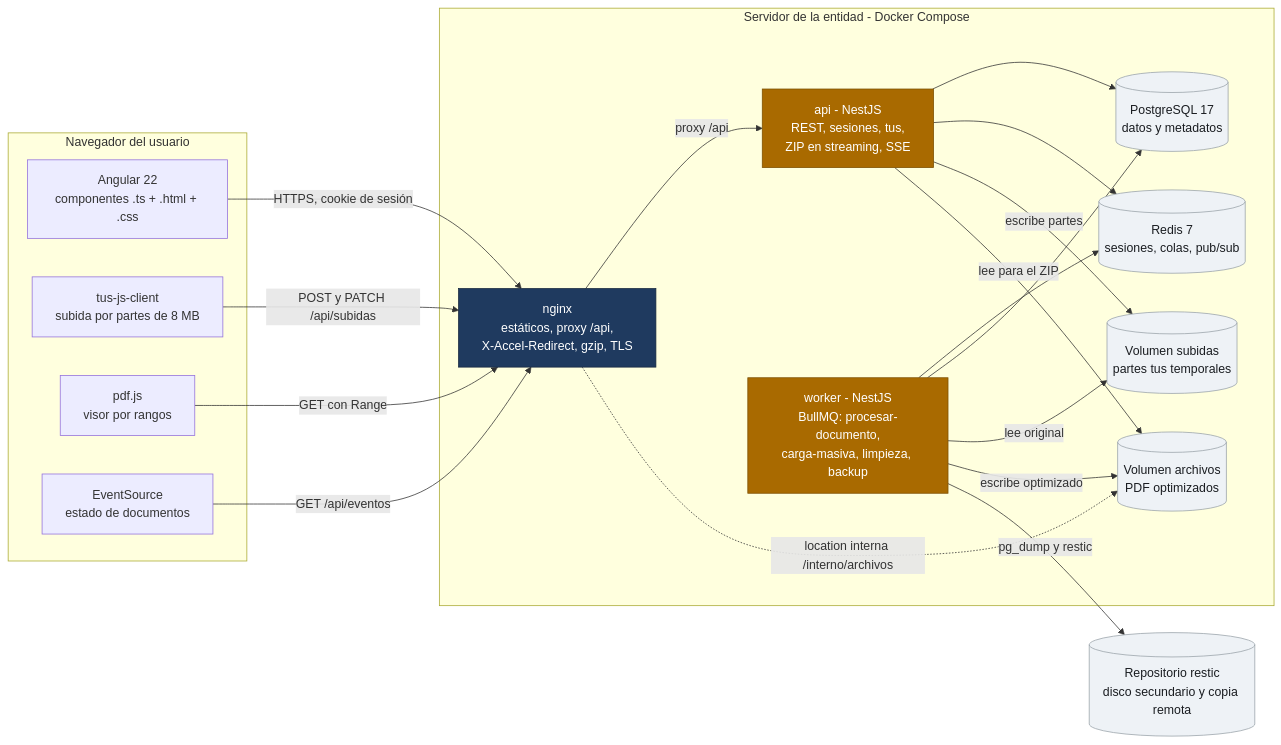
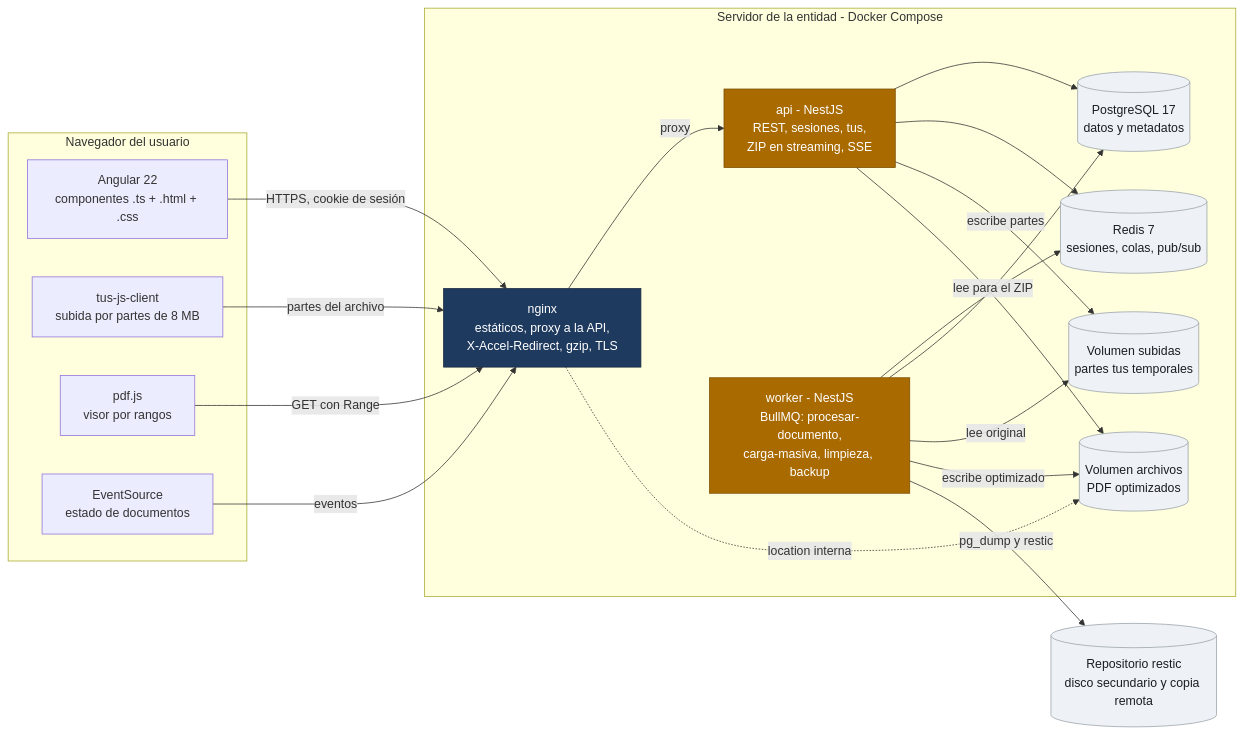
The first of 21 diagrams in README.md (Jose27luis/legajo), drawn with Mermaid before and after one commit. The commit also changed other lines of this file, not shown here.

Commit message:
docs: quita la estructura del repositorio y las rutas del README

````diff
--- a/README.md
+++ b/README.md
@@ -34,44 +34,44 @@
 ```mermaid
 flowchart LR
     subgraph cliente["Navegador del usuario"]
         UI["Angular 22<br/>componentes .ts + .html + .css"]
         TUS["tus-js-client<br/>subida por partes de 8 MB"]
         PDFJS["pdf.js<br/>visor por rangos"]
         SSE["EventSource<br/>estado de documentos"]
     end
 
     subgraph servidor["Servidor de la entidad - Docker Compose"]
-        NGX["nginx<br/>estáticos, proxy /api,<br/>X-Accel-Redirect, gzip, TLS"]
+        NGX["nginx<br/>estáticos, proxy a la API,<br/>X-Accel-Redirect, gzip, TLS"]
         API["api - NestJS<br/>REST, sesiones, tus,<br/>ZIP en streaming, SSE"]
         WRK["worker - NestJS<br/>BullMQ: procesar-documento,<br/>carga-masiva, limpieza, backup"]
         PG[("PostgreSQL 17<br/>datos y metadatos")]
         RDS[("Redis 7<br/>sesiones, colas, pub/sub")]
         SUB[("Volumen subidas<br/>partes tus temporales")]
         ARC[("Volumen archivos<br/>PDF optimizados")]
     end
 
     REPO[("Repositorio restic<br/>disco secundario y copia remota")]
 
     UI -->|"HTTPS, cookie de sesión"| NGX
-    TUS -->|"POST y PATCH /api/subidas"| NGX
+    TUS -->|"partes del archivo"| NGX
     PDFJS -->|"GET con Range"| NGX
-    SSE -->|"GET /api/eventos"| NGX
-    NGX -->|"proxy /api"| API
-    NGX -.->|"location interna /interno/archivos"| ARC
+    SSE -->|"eventos"| NGX
+    NGX -->|"proxy"| API
+    NGX -.->|"location interna"| ARC
     API --> PG
     API --> RDS
     API -->|"escribe partes"| SUB
     API -->|"lee para el ZIP"| ARC
     WRK --> RDS
     WRK --> PG
     WRK -->|"lee original"| SUB
     WRK -->|"escribe optimizado"| ARC
     WRK -->|"pg_dump y restic"| REPO
 
     classDef borde fill:#1f3a5f,stroke:#16283f,color:#ffffff
     classDef proceso fill:#a96a00,stroke:#7d4f00,color:#ffffff
     classDef datos fill:#eef2f6,stroke:#9aa3a9,color:#1a1d21
     class NGX borde
     class API,WRK proceso
     class PG,RDS,SUB,ARC,REPO datos
 ```
````
